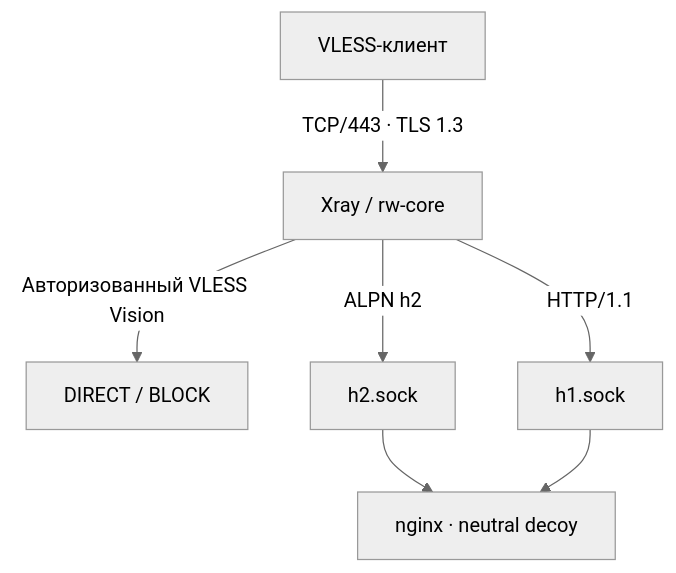
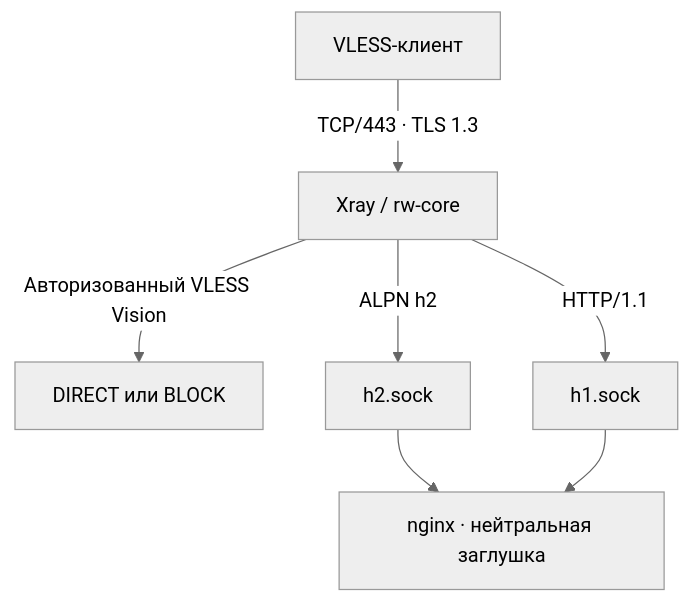
The diagram in README.md (leonidkopysov/CheburNET-Vision-Installer), drawn with Mermaid (neutral theme) before and after one commit. The commit also changed other lines of this file and 29 other files, not shown here.

````diff
--- a/README.md
+++ b/README.md
@@ -34,9 +38,9 @@
 ```mermaid
 flowchart TD
     C["VLESS-клиент"] -->|"TCP/443 · TLS 1.3"| X["Xray / rw-core"]
-    X -->|"Авторизованный VLESS Vision"| R["DIRECT / BLOCK"]
+    X -->|"Авторизованный VLESS Vision"| R["DIRECT или BLOCK"]
     X -->|"ALPN h2"| H2["h2.sock"]
     X -->|"HTTP/1.1"| H1["h1.sock"]
-    H2 --> N["nginx · neutral decoy"]
+    H2 --> N["nginx · нейтральная заглушка"]
     H1 --> N
 ```
````
